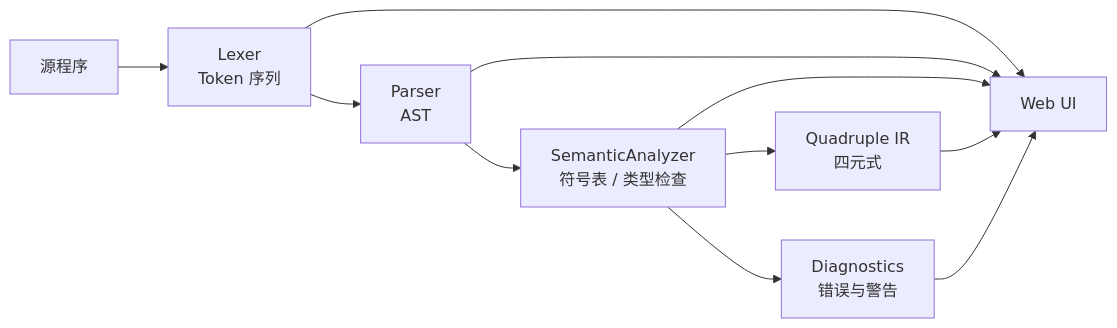
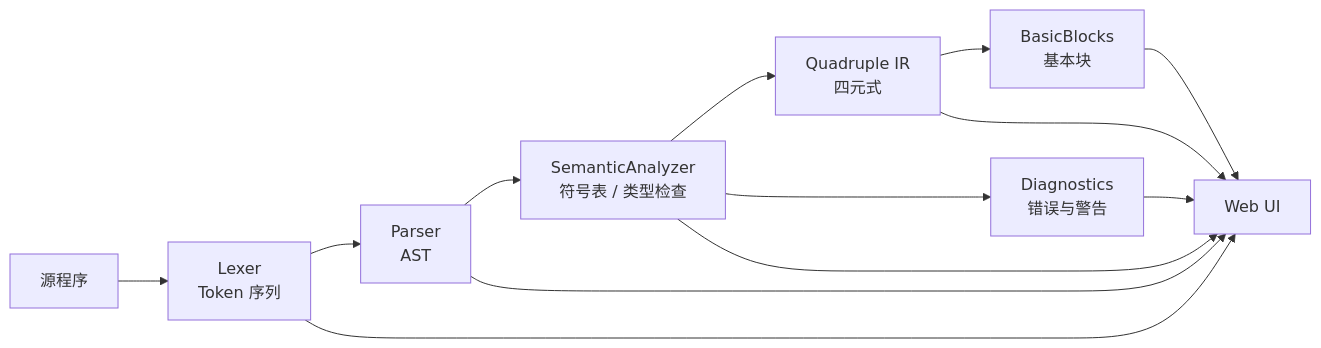
Before and after one commit to SHTJTR/rust-like-ir-generator: the first of 2 diagrams in README.md, drawn with Mermaid. The commit also changed other lines of this file and 7 other files, not shown here.

````diff
--- a/README.md
+++ b/README.md
@@ -40,13 +53,15 @@
 ```mermaid
 flowchart LR
   A["源程序"] --> B["Lexer<br/>Token 序列"]
   B --> C["Parser<br/>AST"]
   C --> D["SemanticAnalyzer<br/>符号表 / 类型检查"]
   D --> E["Quadruple IR<br/>四元式"]
   D --> F["Diagnostics<br/>错误与警告"]
-  B --> G["Web UI"]
-  C --> G
-  D --> G
-  E --> G
-  F --> G
+  E --> G["BasicBlocks<br/>基本块"]
+  B --> H["Web UI"]
+  C --> H
+  D --> H
+  E --> H
+  F --> H
+  G --> H
 ```
````
